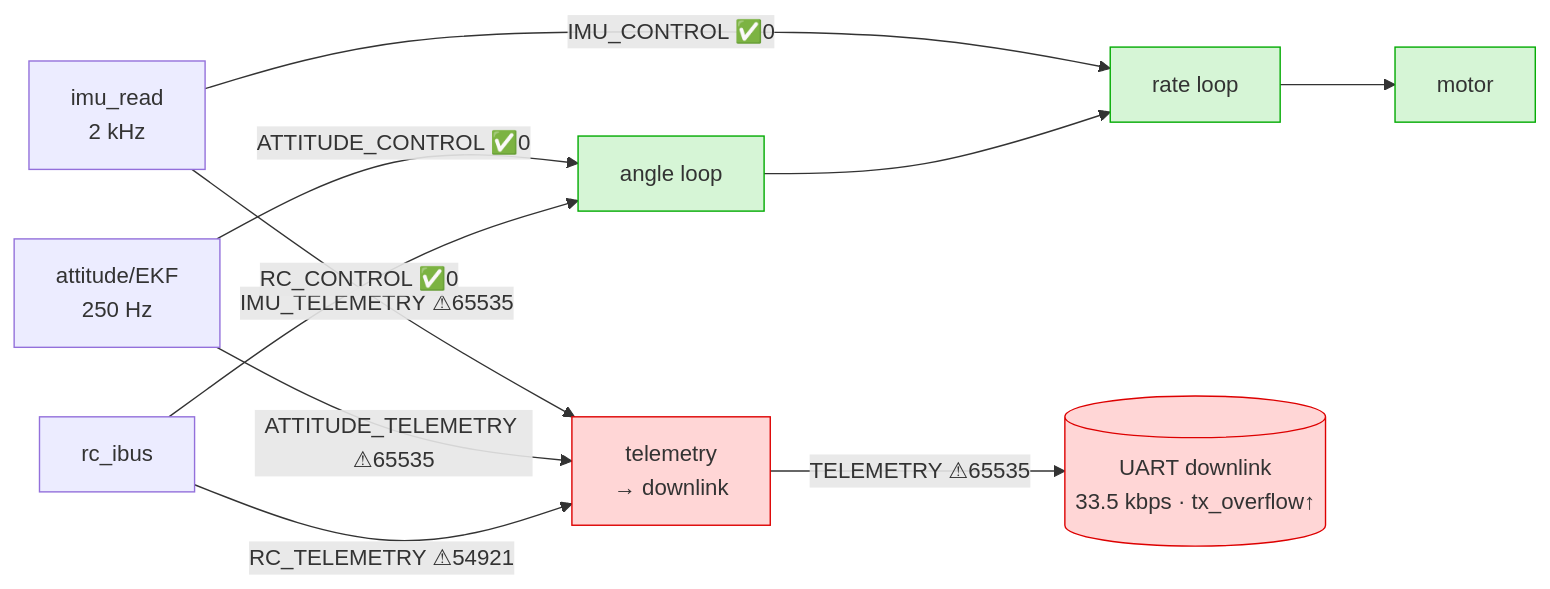
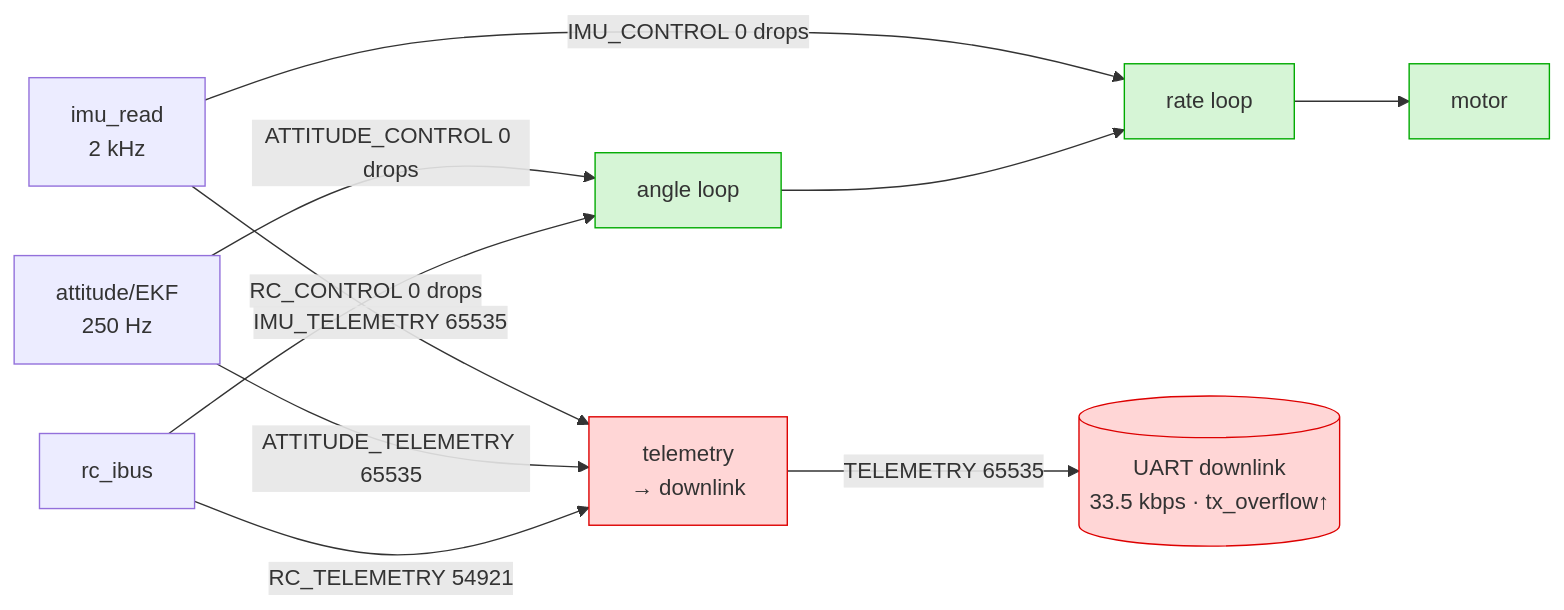
The diagram in docs/log-analysis/20260617-124210/kernel-analysis.md (ragnar-vallhala/vayu), drawn with Mermaid before and after one commit. The commit also changed other lines of this file and 9 other files, not shown here.

````diff
--- a/docs/log-analysis/20260617-124210/kernel-analysis.md
+++ b/docs/log-analysis/20260617-124210/kernel-analysis.md
@@ -24,15 +24,15 @@
 ```mermaid
 flowchart LR
-    IMU["imu_read<br/>2 kHz"] -->|IMU_CONTROL ✅0| RATE[rate loop]
-    IMU -->|IMU_TELEMETRY ⚠65535| TLM["telemetry<br/>→ downlink"]
-    EST["attitude/EKF<br/>250 Hz"] -->|ATTITUDE_CONTROL ✅0| ANG[angle loop]
-    EST -->|ATTITUDE_TELEMETRY ⚠65535| TLM
-    RCRX[rc_ibus] -->|RC_CONTROL ✅0| ANG
-    RCRX -->|RC_TELEMETRY ⚠54921| TLM
+    IMU["imu_read<br/>2 kHz"] -->|IMU_CONTROL 0 drops| RATE[rate loop]
+    IMU -->|IMU_TELEMETRY 65535| TLM["telemetry<br/>→ downlink"]
+    EST["attitude/EKF<br/>250 Hz"] -->|ATTITUDE_CONTROL 0 drops| ANG[angle loop]
+    EST -->|ATTITUDE_TELEMETRY 65535| TLM
+    RCRX[rc_ibus] -->|RC_CONTROL 0 drops| ANG
+    RCRX -->|RC_TELEMETRY 54921| TLM
     ANG --> RATE --> MOT[motor]
-    TLM -->|TELEMETRY ⚠65535| LINK[("UART downlink<br/>33.5 kbps · tx_overflow↑")]
+    TLM -->|TELEMETRY 65535| LINK[("UART downlink<br/>33.5 kbps · tx_overflow↑")]
     classDef bad fill:#ffd6d6,stroke:#d00;
     classDef ok fill:#d6f5d6,stroke:#0a0;
     class TLM,LINK bad;
     class RATE,ANG,MOT ok;
 ```
````
